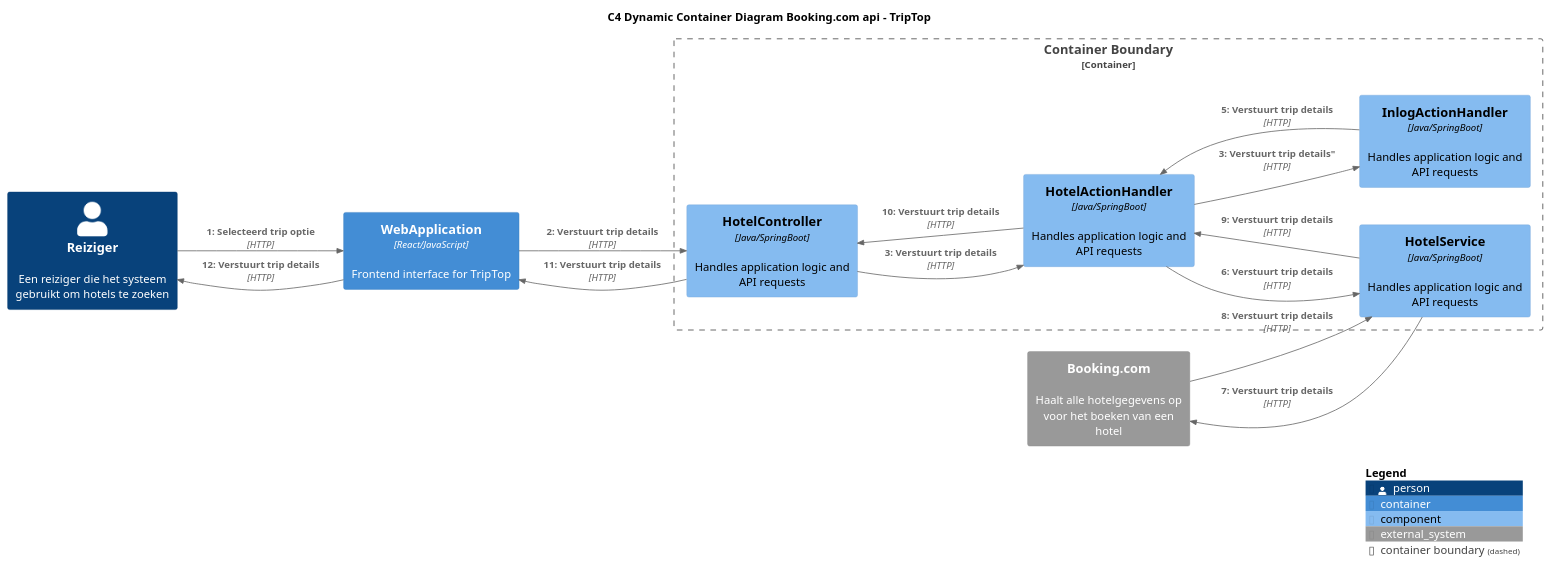
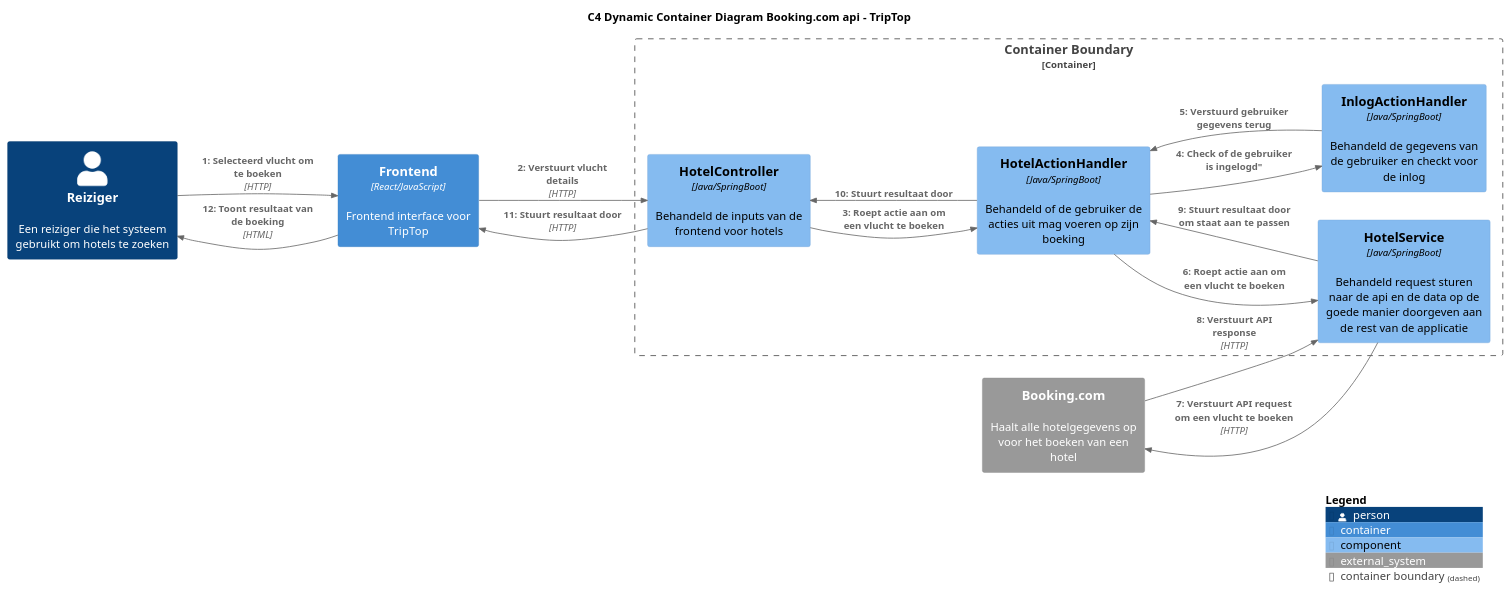
The diagram in Pressure_cooker/Jordy/Dynamisch_component_diagram_pressure_cooker_Jordy_Hotel.puml (AIM-ENE-feb25/triptop-groep-b4), drawn with PlantUML before and after one commit. The commit also changed 1 other file, not shown here.

```diff
--- a/Pressure_cooker/Jordy/Dynamisch_component_diagram_pressure_cooker_Jordy_Hotel.puml
+++ b/Pressure_cooker/Jordy/Dynamisch_component_diagram_pressure_cooker_Jordy_Hotel.puml
@@ -1,37 +1,34 @@
 @startuml
 !include https://raw.githubusercontent.com/plantuml-stdlib/C4-PlantUML/master/C4_Container.puml
 !include https://raw.githubusercontent.com/plantuml-stdlib/C4-PlantUML/master/C4_Component.puml
 
 title C4 Dynamic Container Diagram Booking.com api - TripTop
 left to right direction
 
 Person(Reiziger, "Reiziger", "Een reiziger die het systeem gebruikt om hotels te zoeken")
-Container(WebApp, "WebApplication", "React/JavaScript", "Frontend interface for TripTop")
+Container(Frontend, "Frontend", "React/JavaScript", "Frontend interface voor TripTop")
 
 Container_Boundary(ContainerBoundary, "Container Boundary") {
-    Component(HotelController, "HotelController", "Java/SpringBoot", "Handles application logic and API requests")
-    Component(HotelActionHandler, "HotelActionHandler", "Java/SpringBoot", "Handles application logic and API requests")
-    Component(InlogActionHandler, "InlogActionHandler", "Java/SpringBoot", "Handles application logic and API requests")
-    Component(HotelService, "HotelService", "Java/SpringBoot", "Handles application logic and API requests")
+    Component(HotelController, "HotelController", "Java/SpringBoot", "Behandeld de inputs van de frontend voor hotels")
+    Component(HotelActionHandler, "HotelActionHandler", "Java/SpringBoot", "Behandeld of de gebruiker de acties uit mag voeren op zijn boeking")
+    Component(InlogActionHandler, "InlogActionHandler", "Java/SpringBoot", "Behandeld de gegevens van de gebruiker en checkt voor de inlog")
+    Component(HotelService, "HotelService", "Java/SpringBoot", "Behandeld request sturen naar de api en de data op de goede manier doorgeven aan de rest van de applicatie")
 }
 
 System_Ext(BookingCom, "Booking.com", "Haalt alle hotelgegevens op voor het boeken van een hotel")
 
-Rel(Reiziger, WebApp, "1: Selecteerd trip optie", $techn="HTTP", $tags="", $link="")
-Rel(WebApp, HotelController, "2: Verstuurt trip details", $techn="HTTP", $tags="", $link="")
-Rel(HotelController, HotelActionHandler, "3: Verstuurt trip details", $techn="HTTP", $tags="", $link="")
-Rel(HotelActionHandler, InlogActionHandler, 3: Verstuurt trip details", $techn="HTTP", $tags="", $link="")
-Rel(InlogActionHandler, HotelActionHandler, "5: Verstuurt trip details", $techn="HTTP", $tags="", $link="")
-Rel(HotelActionHandler, HotelService, "6: Verstuurt trip details", $techn="HTTP", $tags="", $link="")
-Rel(HotelService, BookingCom, "7: Verstuurt trip details", $techn="HTTP", $tags="", $link="")
-Rel(BookingCom, HotelService, "8: Verstuurt trip details", $techn="HTTP", $tags="", $link="")
-Rel(HotelService, HotelActionHandler, "9: Verstuurt trip details", $techn="HTTP", $tags="", $link="")
-Rel(HotelActionHandler, HotelController, "10: Verstuurt trip details", $techn="HTTP", $tags="", $link="")
-Rel(HotelController, WebApp, "11: Verstuurt trip details", $techn="HTTP", $tags="", $link="")
-Rel(WebApp, Reiziger, "12: Verstuurt trip details", $techn="HTTP", $tags="", $link="")
-
-
-
+Rel(Reiziger, Frontend, "1: Selecteerd vlucht om te boeken", $techn="HTTP", $tags="", $link="")
+Rel(Frontend, HotelController, "2: Verstuurt vlucht details", $techn="HTTP", $tags="", $link="")
+Rel(HotelController, HotelActionHandler, "3: Roept actie aan om een vlucht te boeken", $techn="", $tags="", $link="")
+Rel(HotelActionHandler, InlogActionHandler, 4: Check of de gebruiker is ingelogd", $techn="", $tags="", $link="")
+Rel(InlogActionHandler, HotelActionHandler, "5: Verstuurd gebruiker gegevens terug", $techn="", $tags="", $link="")
+Rel(HotelActionHandler, HotelService, "6: Roept actie aan om een vlucht te boeken", $techn="", $tags="", $link="")
+Rel(HotelService, BookingCom, "7: Verstuurt API request om een vlucht te boeken", $techn="HTTP", $tags="", $link="")
+Rel(BookingCom, HotelService, "8: Verstuurt API response", $techn="HTTP", $tags="", $link="")
+Rel(HotelService, HotelActionHandler, "9: Stuurt resultaat door om staat aan te passen", $techn="", $tags="", $link="")
+Rel(HotelActionHandler, HotelController, "10: Stuurt resultaat door", $techn="", $tags="", $link="")
+Rel(HotelController, Frontend, "11: Stuurt resultaat door", $techn="HTTP", $tags="", $link="")
+Rel(Frontend, Reiziger, "12: Toont resultaat van de boeking", $techn="HTML", $tags="", $link="")
 
 SHOW_LEGEND(true)
 @enduml
```
